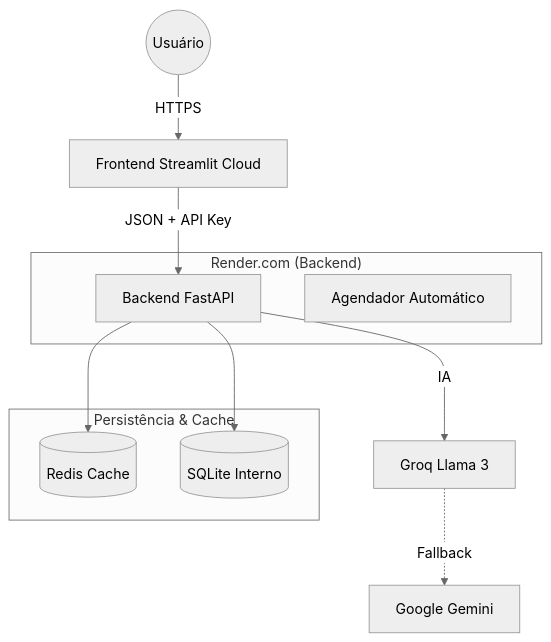
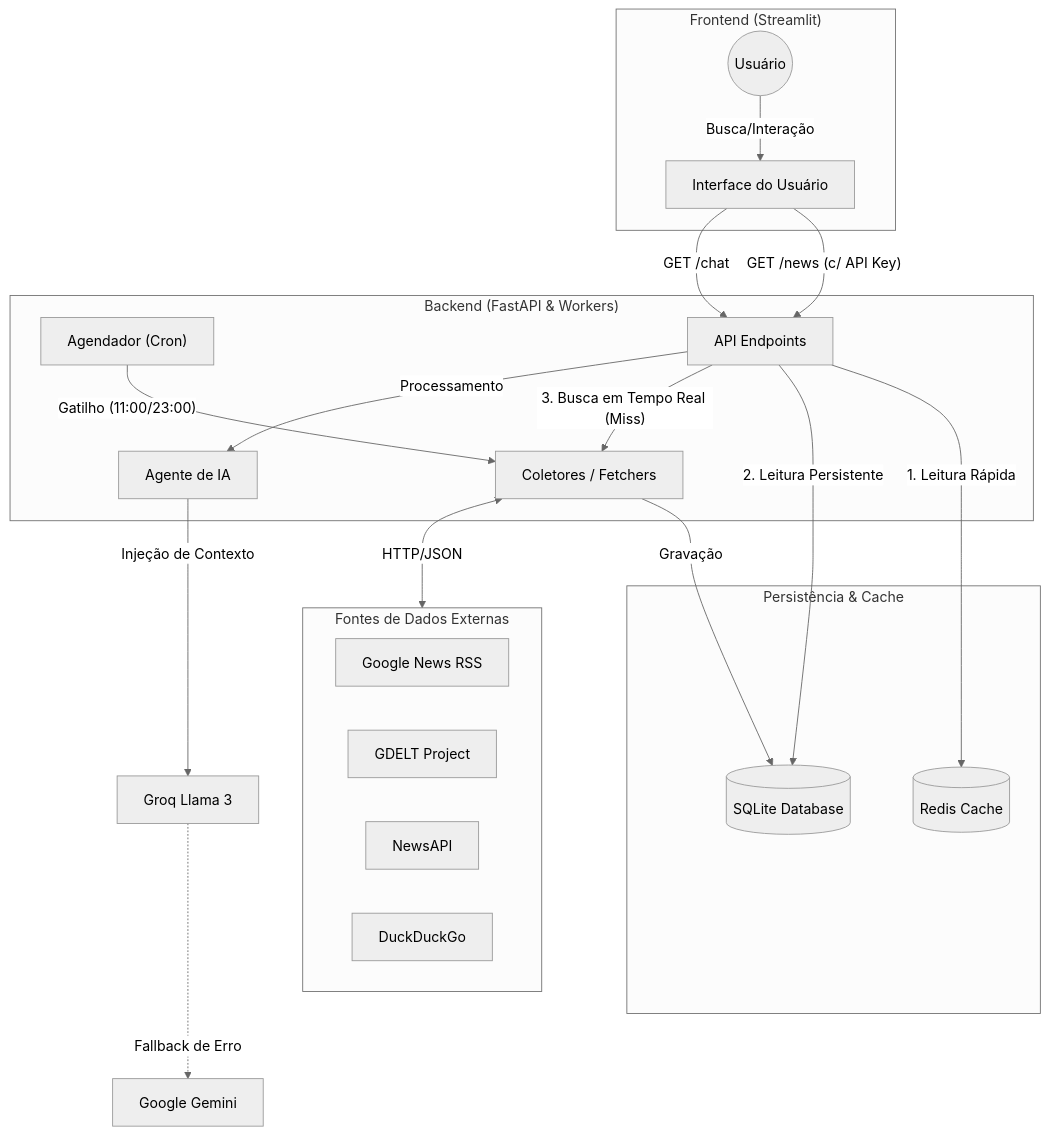
Before and after one commit to phmcasimiro/AgenteNoticiasSegPub: the first of 2 diagrams in README.md, drawn with Mermaid (neutral theme). The commit also changed other lines of this file, not shown here.

Commit message:
docs: adiciona fluxogramas Mermaid de dados e funções ao README
- Adiciona fluxograma detalhado de Data Flow mostrando fontes externas, backend, persistência e frontend
- Adiciona fluxograma de Function Flow detalhando lógica de cache, fallback de IA e endpoints
- Corrige sintaxe Mermaid com aspas em labels contendo caracteres especiais
- Melhora documentação para facilitar compreensão da arquitetura do sistema

````diff
--- a/README.md
+++ b/README.md
@@ -26,21 +27,46 @@
 ```mermaid
-graph TD
-    User((Usuário)) -->|HTTPS| UI[Frontend Streamlit Cloud]
-    
-    subgraph "Render.com (Backend)"
-        API[Backend FastAPI]
-        Cron[Agendador Automático]
-    end
-    
-    subgraph "Persistência & Cache"
-        Redis[(Redis Cache)]
-        DB[(SQLite Interno)]
+flowchart TD
+    subgraph External["Fontes de Dados Externas"]
+        GNews["Google News RSS"]
+        GDELT["GDELT Project"]
+        NAPI["NewsAPI"]
+        DDG["DuckDuckGo"]
     end
 
-    UI -->|JSON + API Key| API
-    API --> Redis
-    API --> DB
+    subgraph Backend["Backend (FastAPI & Workers)"]
+        Fetcher["Coletores / Fetchers"]
+        Scheduler["Agendador (Cron)"]
+        API["API Endpoints"]
+        Agent["Agente de IA"]
+    end
+
+    subgraph Storage["Persistência & Cache"]
+        DB[("SQLite Database")]
+        Redis[("Redis Cache")]
+    end
+
+    subgraph Frontend["Frontend (Streamlit)"]
+        UI["Interface do Usuário"]
+        User(("Usuário"))
+    end
+
+    %% Ingestão de Dados
+    Scheduler -->|"Gatilho (11:00/23:00)"| Fetcher
+    Fetcher <-->|"HTTP/JSON"| External
+    Fetcher -->|"Gravação"| DB
     
-    API -->|IA| Groq[Groq Llama 3]
-    Groq -.->|Fallback| Gemini[Google Gemini]
+    %% Consumo pelo Usuário
+    User -->|"Busca/Interação"| UI
+    UI -->|"GET /news (c/ API Key)"| API
+    
+    %% Lógica de Recuperação
+    API -->|"1. Leitura Rápida"| Redis
+    API -->|"2. Leitura Persistente"| DB
+    API -->|"3. Busca em Tempo Real (Miss)"| Fetcher
+    
+    %% Lógica de IA
+    UI -->|"GET /chat"| API
+    API -->|"Processamento"| Agent
+    Agent -->|"Injeção de Contexto"| Groq["Groq Llama 3"]
+    Groq -.->|"Fallback de Erro"| Gemini["Google Gemini"]
 ```
````
